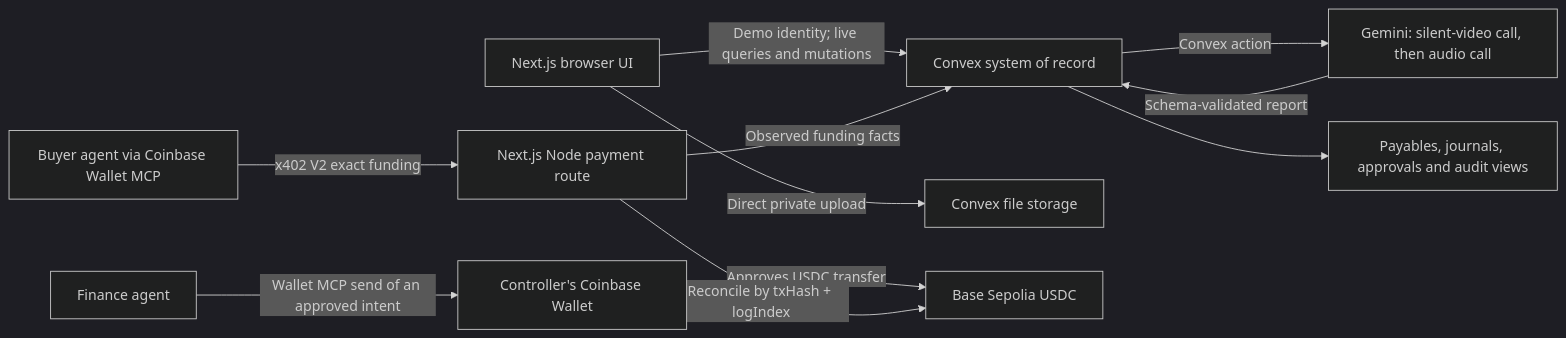
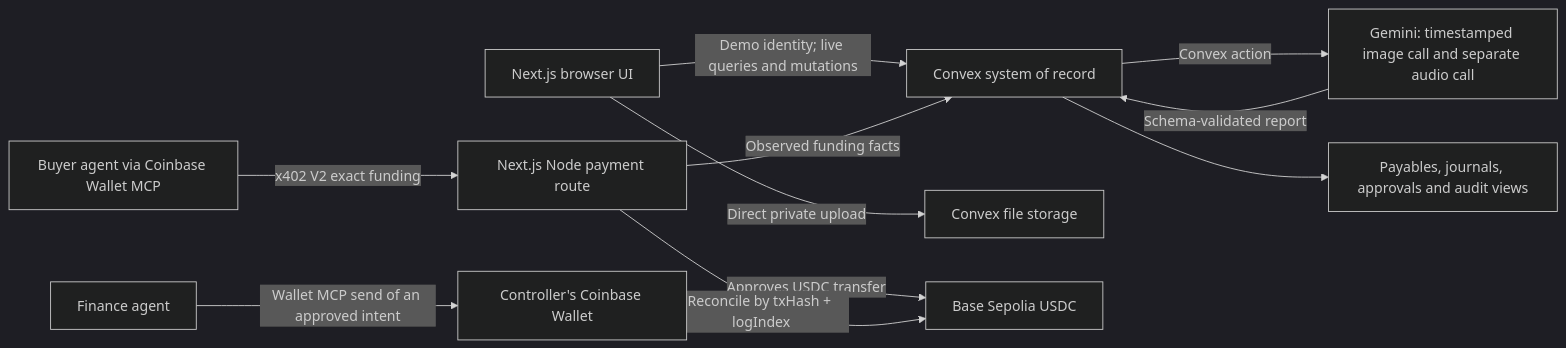
One commit to stephenhungg/skarl changed the diagram in docs/architecture.md. Above: the diagram before and after it, drawn with Mermaid (dark theme). The commit also changed other lines of this file and 17 other files, not shown here.

````diff
--- a/docs/architecture.md
+++ b/docs/architecture.md
@@ -5,13 +5,13 @@
 ```mermaid
 flowchart LR
   UI[Next.js browser UI] -->|Demo identity; live queries and mutations| DB[Convex system of record]
   UI -->|Direct private upload| Media[Convex file storage]
   Buyer[Buyer agent via Coinbase Wallet MCP] -->|x402 V2 exact funding| Pay[Next.js Node payment route]
   Pay -->|Observed funding facts| DB
-  DB -->|Convex action| Vision[Gemini: silent-video call, then audio call]
+  DB -->|Convex action| Vision[Gemini: timestamped image call and separate audio call]
   Vision -->|Schema-validated report| DB
   Agent[Finance agent] -->|Wallet MCP send of an approved intent| Controller[Controller's Coinbase Wallet]
   Controller -->|Approves USDC transfer| Chain[Base Sepolia USDC]
   Pay -->|Reconcile by txHash + logIndex| Chain
   DB --> Finance[Payables, journals, approvals and audit views]
 ```
````
